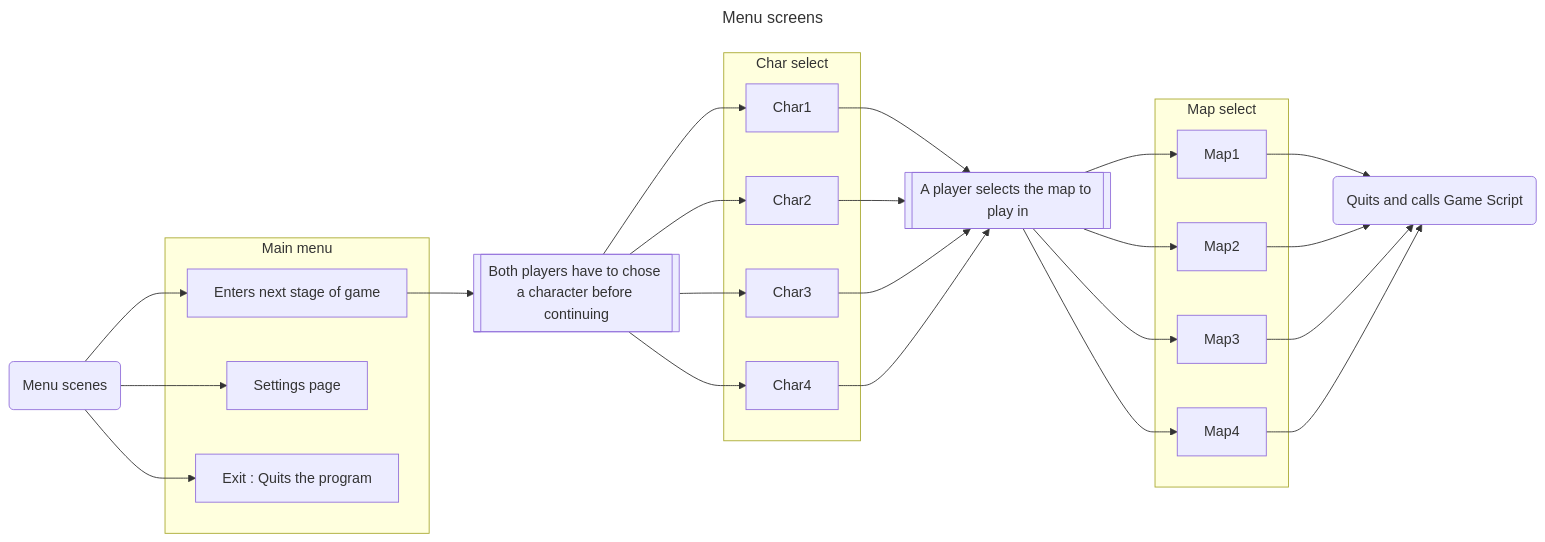
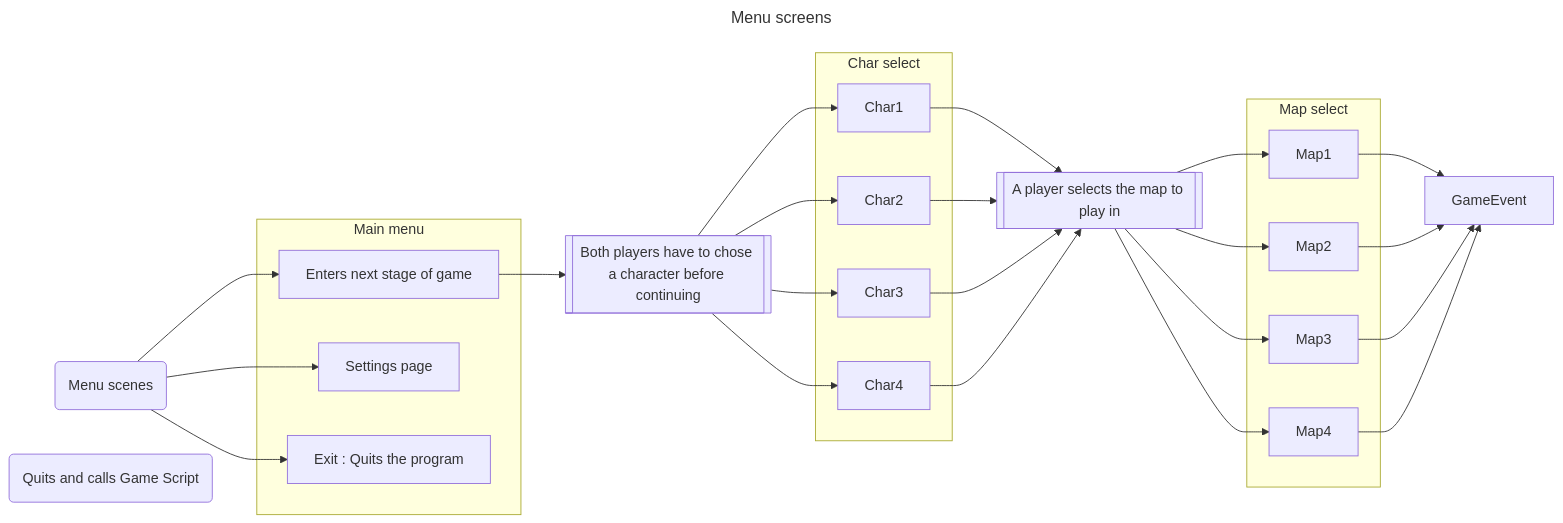
One commit to reeseH146/Fighting-game changed the second of 2 diagrams in readme.md. Above: the diagram before and after it, drawn with Mermaid. The commit also changed other lines of this file and 3 other files, not shown here.

````diff
--- a/readme.md
+++ b/readme.md
@@ -68,34 +64,34 @@
 ```mermaid
 ---
 title : Menu screens
 ---
 graph LR;
     MenuScript("Menu scenes")
     GameScript("Quits and calls Game Script")
     %% Section of main menu
     Play[Enters next stage of game]
     Settings["Settings page"]
     Exit["Exit : Quits the program"]
     %% Character selection
     CharSelection[["Both players have to chose a character before continuing"]]
     Char1; Char2; Char3; Char4
     %% Map selection
     MapSelection[["A player selects the map to play in"]]
     Map1; Map2; Map3; Map4
 
     %% Groups similar components for organisation
     subgraph "Main menu"
         Play
         Settings
         Exit
         end
     subgraph "Char select"
         Char1 & Char2 & Char3 & Char4
         end
     subgraph "Map select"
         Map1 & Map2 & Map3 & Map4
         end
 
     MenuScript --> Play & Settings & Exit
-    Play --> CharSelection --> Char1 & Char2 & Char3 & Char4 --> MapSelection --> Map1 & Map2 & Map3 & Map4 --> GameScript
+    Play --> CharSelection --> Char1 & Char2 & Char3 & Char4 --> MapSelection --> Map1 & Map2 & Map3 & Map4 --> GameEvent
 ```
````
